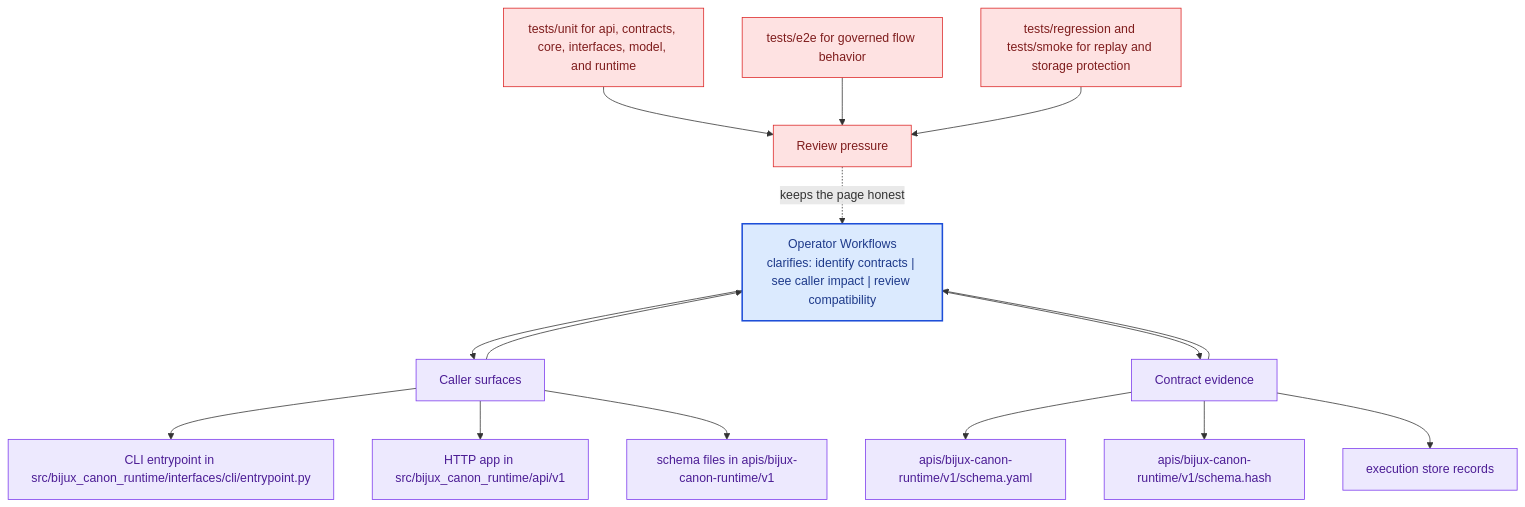
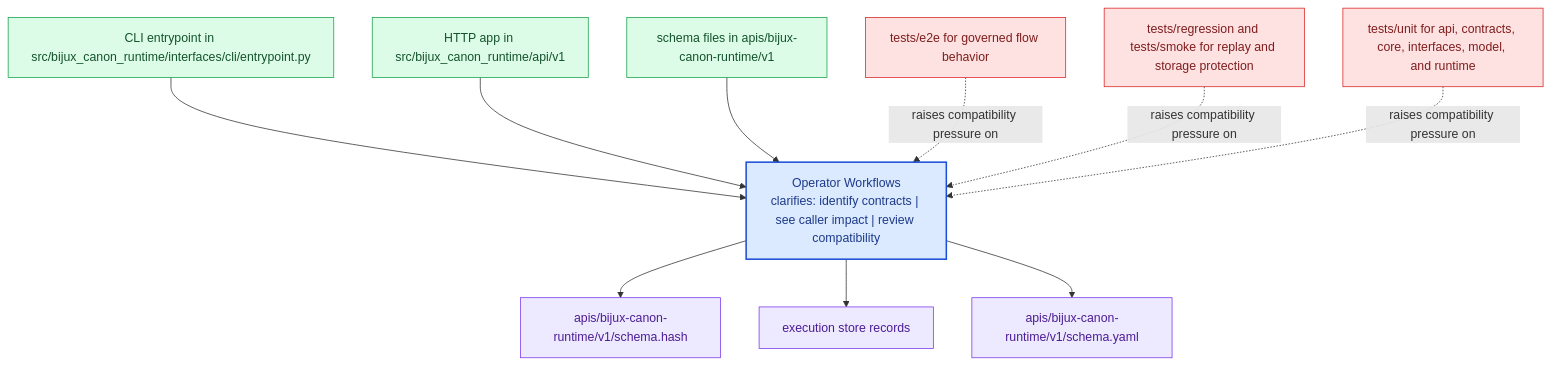
The diagram in docs/bijux-canon-runtime/interfaces/operator-workflows.md (bijux/bijux-canon), drawn with Mermaid before and after one commit. The commit also changed other lines of this file and 281 other files, not shown here.

Commit message:
docs(diagrams): replace repeated mermaid scaffolds with page-specific summaries

````diff
--- a/docs/bijux-canon-runtime/interfaces/operator-workflows.md
+++ b/docs/bijux-canon-runtime/interfaces/operator-workflows.md
@@ -67,41 +22,31 @@
 ```mermaid
 flowchart TB
-    promise["Operator Workflows<br/>clarifies: identify contracts | see caller impact | review compatibility"]
-    classDef promise fill:#dbeafe,stroke:#1d4ed8,color:#1e3a8a,stroke-width:2px;
-    classDef driver fill:#dcfce7,stroke:#16a34a,color:#14532d;
-    classDef constraint fill:#fee2e2,stroke:#dc2626,color:#7f1d1d;
-    classDef ground fill:#ede9fe,stroke:#7c3aed,color:#4c1d95;
-    focus1["Caller surfaces"]
-    focus1 --> promise
-    promise --> focus1
-    focus1_1["CLI entrypoint in src/bijux_canon_runtime/interfaces/cli/entrypoint.py"]
-    focus1 --> focus1_1
-    focus1_2["HTTP app in src/bijux_canon_runtime/api/v1"]
-    focus1 --> focus1_2
-    focus1_3["schema files in apis/bijux-canon-runtime/v1"]
-    focus1 --> focus1_3
-    class focus1 ground;
-    class focus1_1,focus1_2,focus1_3 ground;
-    focus2["Contract evidence"]
-    focus2 --> promise
-    promise --> focus2
-    focus2_1["apis/bijux-canon-runtime/v1/schema.yaml"]
-    focus2 --> focus2_1
-    focus2_2["apis/bijux-canon-runtime/v1/schema.hash"]
-    focus2 --> focus2_2
-    focus2_3["execution store records"]
-    focus2 --> focus2_3
-    class focus2 ground;
-    class focus2_1,focus2_2,focus2_3 ground;
-    focus3["Review pressure"]
-    focus3 -.keeps the page honest.-> promise
-    focus3_1["tests/unit for api, contracts, core, interfaces, model, and runtime"]
-    focus3_1 --> focus3
-    focus3_2["tests/e2e for governed flow behavior"]
-    focus3_2 --> focus3
-    focus3_3["tests/regression and tests/smoke for replay and storage protection"]
-    focus3_3 --> focus3
-    class focus3 constraint;
-    class focus3_1,focus3_2,focus3_3 constraint;
-    class promise promise;
+    page["Operator Workflows<br/>clarifies: identify contracts | see caller impact | review compatibility"]
+    classDef page fill:#dbeafe,stroke:#1d4ed8,color:#1e3a8a,stroke-width:2px;
+    classDef positive fill:#dcfce7,stroke:#16a34a,color:#14532d;
+    classDef caution fill:#fee2e2,stroke:#dc2626,color:#7f1d1d;
+    classDef anchor fill:#ede9fe,stroke:#7c3aed,color:#4c1d95;
+    classDef action fill:#fef3c7,stroke:#d97706,color:#7c2d12;
+    surface1["CLI entrypoint in src/bijux_canon_runtime/interfaces/cli/entrypoint.py"]
+    surface1 --> page
+    surface2["HTTP app in src/bijux_canon_runtime/api/v1"]
+    surface2 --> page
+    surface3["schema files in apis/bijux-canon-runtime/v1"]
+    surface3 --> page
+    proof1["apis/bijux-canon-runtime/v1/schema.hash"]
+    page --> proof1
+    proof2["execution store records"]
+    page --> proof2
+    proof3["apis/bijux-canon-runtime/v1/schema.yaml"]
+    page --> proof3
+    review1["tests/e2e for governed flow behavior"]
+    review1 -.raises compatibility pressure on.-> page
+    review2["tests/regression and tests/smoke for replay and storage protection"]
+    review2 -.raises compatibility pressure on.-> page
+    review3["tests/unit for api, contracts, core, interfaces, model, and runtime"]
+    review3 -.raises compatibility pressure on.-> page
+    class page page;
+    class surface1,surface2,surface3 positive;
+    class proof1,proof2,proof3 anchor;
+    class review1,review2,review3 caution;
 ```
````
